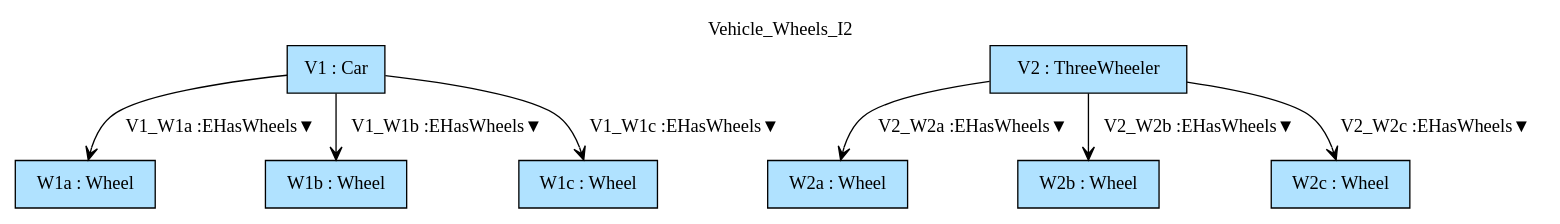
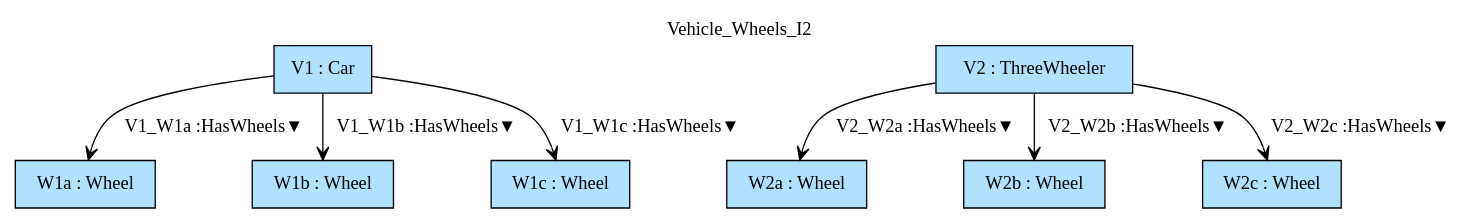
One commit to namalio/Fragmenta changed the diagram in Haskell/FragmentaTests/SGVehicleParts/img/Vehicle_Wheels_I2.gv. Above: the diagram before and after it, drawn with Graphviz. The commit also changed 32 other files, not shown here.

```diff
--- a/Haskell/FragmentaTests/SGVehicleParts/img/Vehicle_Wheels_I2.gv
+++ b/Haskell/FragmentaTests/SGVehicleParts/img/Vehicle_Wheels_I2.gv
@@ -1,17 +1,17 @@
 digraph {graph[label=Vehicle_Wheels_I2,labelloc=tl,labelfontsize=12];
 "W1a"[shape=box,fillcolor=lightskyblue1,style = filled,label="W1a : Wheel"];
 "W1b"[shape=box,fillcolor=lightskyblue1,style = filled,label="W1b : Wheel"];
 "V1"[shape=box,fillcolor=lightskyblue1,style = filled,label="V1 : Car"];
 "W1c"[shape=box,fillcolor=lightskyblue1,style = filled,label="W1c : Wheel"];
 "W2a"[shape=box,fillcolor=lightskyblue1,style = filled,label="W2a : Wheel"];
 "W2b"[shape=box,fillcolor=lightskyblue1,style = filled,label="W2b : Wheel"];
 "V2"[shape=box,fillcolor=lightskyblue1,style = filled,label="V2 : ThreeWheeler"];
 "W2c"[shape=box,fillcolor=lightskyblue1,style = filled,label="W2c : Wheel"];
 
-"V1"->"W1a"[label="V1_W1a :EHasWheels▼",arrowhead=vee];
-"V1"->"W1b"[label="V1_W1b :EHasWheels▼",arrowhead=vee];
-"V1"->"W1c"[label="V1_W1c :EHasWheels▼",arrowhead=vee];
-"V2"->"W2a"[label="V2_W2a :EHasWheels▼",arrowhead=vee];
-"V2"->"W2b"[label="V2_W2b :EHasWheels▼",arrowhead=vee];
-"V2"->"W2c"[label="V2_W2c :EHasWheels▼",arrowhead=vee];
+"V1"->"W1a"[label="V1_W1a :HasWheels▼",arrowhead=vee];
+"V1"->"W1b"[label="V1_W1b :HasWheels▼",arrowhead=vee];
+"V1"->"W1c"[label="V1_W1c :HasWheels▼",arrowhead=vee];
+"V2"->"W2a"[label="V2_W2a :HasWheels▼",arrowhead=vee];
+"V2"->"W2b"[label="V2_W2b :HasWheels▼",arrowhead=vee];
+"V2"->"W2c"[label="V2_W2c :HasWheels▼",arrowhead=vee];
 }
```
